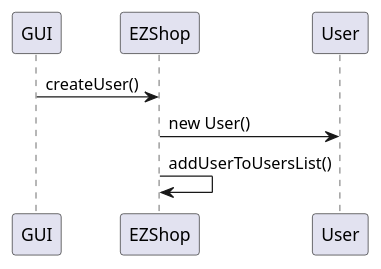
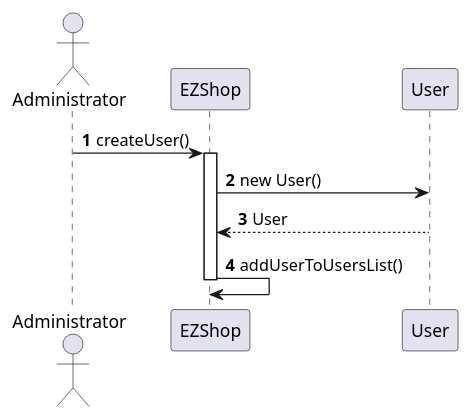
Before and after one commit to gioele-scaletta/EZShop-Software-Engineering-Project: the seventh of 20 diagrams in Deliverables/DesignDocument.md, drawn with PlantUML. The commit also changed other lines of this file, not shown here.

Commit message:
Updated Diagrams For Scenarios UC1,2,3

````diff
--- a/Deliverables/DesignDocument.md
+++ b/Deliverables/DesignDocument.md
@@ -323,9 +326,11 @@
 ```plantuml
-participant GUI as 1
-participant EZShop as 2
-participant User as 3
+actor "Administrator" as user
+autonumber
 
-1->2 : createUser()
-2->3 : new User()
-2->2 : addUserToUsersList()
+user->EZShop : createUser()
+activate EZShop
+EZShop->User : new User()
+User -->EZShop : User
+EZShop->EZShop : addUserToUsersList()
+deactivate EZShop
 ```
````
